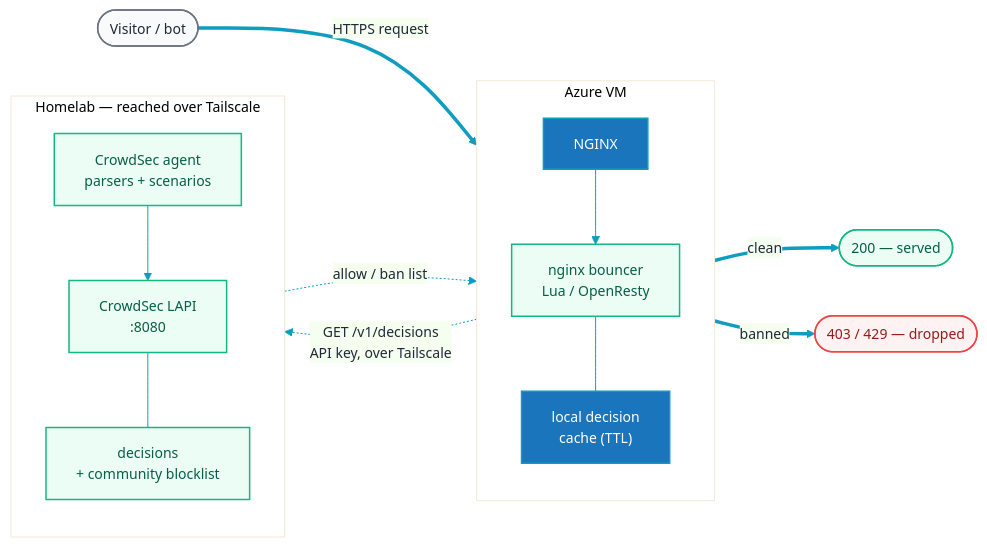
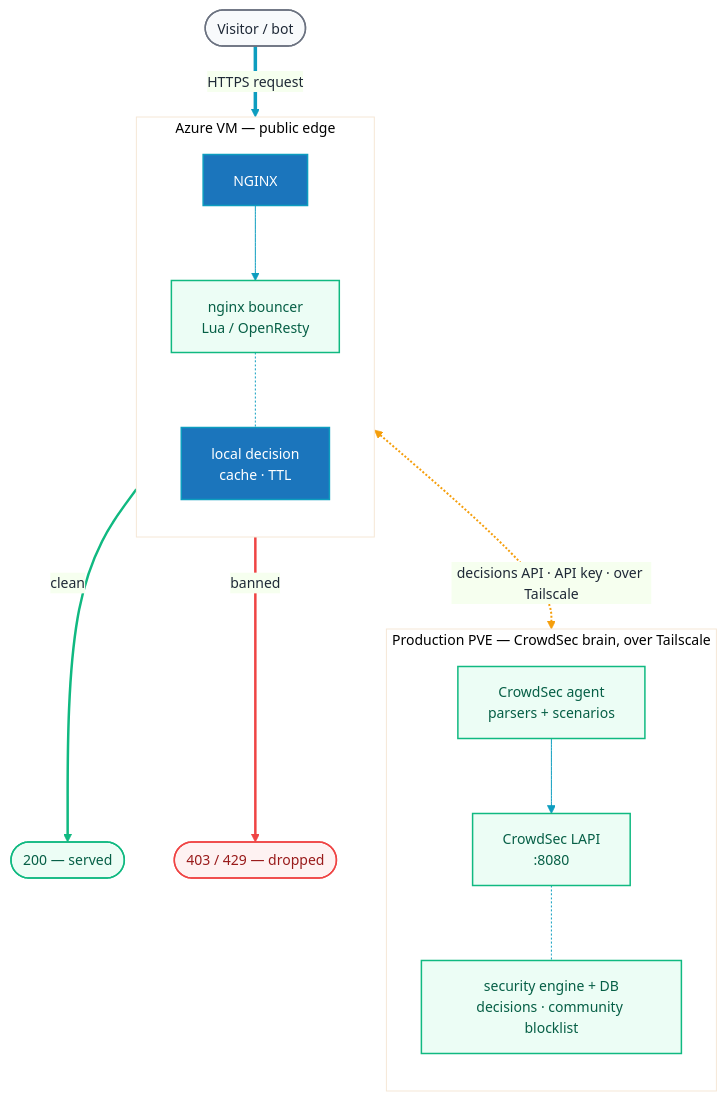
The second of 4 diagrams in docs/security.md (CK-Technology/resolvetech.biz), drawn with Mermaid before and after one commit. The commit also changed other lines of this file and 1 other file, not shown here.

Commit message:
updated end to end build, manage, secure documentation

````diff
--- a/docs/security.md
+++ b/docs/security.md
@@ -82,35 +84,43 @@
 ```mermaid
 %%{init: {'theme':'base','themeVariables':{'fontFamily':'Inter, system-ui, sans-serif','primaryColor':'#EFF6FF','primaryBorderColor':'#1B75BC','primaryTextColor':'#1F2937','lineColor':'#0D9DBF','fontSize':'14px'}}}%%
-flowchart LR
+flowchart TB
     VISITOR(["Visitor / bot"]):::public
 
-    subgraph VM["Azure VM"]
+    subgraph VM["Azure VM — public edge"]
         direction TB
         NGX["NGINX"]:::host
         BNC["nginx bouncer<br/>Lua / OpenResty"]:::security
-        CACHE["local decision<br/>cache (TTL)"]:::host
+        CACHE["local decision<br/>cache · TTL"]:::host
         NGX --> BNC
-        BNC --- CACHE
+        BNC -.- CACHE
     end
 
-    subgraph HOME["Homelab — reached over Tailscale"]
+    subgraph HOME["Production PVE — CrowdSec brain, over Tailscale"]
         direction TB
+        AGENT["CrowdSec agent<br/>parsers + scenarios"]:::security
         LAPI["CrowdSec LAPI<br/>:8080"]:::security
-        AGENT["CrowdSec agent<br/>parsers + scenarios"]:::security
-        DB["decisions<br/>+ community blocklist"]:::security
+        DB["security engine + DB<br/>decisions · community blocklist"]:::security
         AGENT --> LAPI
-        LAPI --- DB
+        LAPI -.- DB
     end
 
+    OK(["200 — served"]):::secure
+    BLOCK(["403 / 429 — dropped"]):::deny
+
     VISITOR ==>|"HTTPS request"| NGX
-    BNC -.->|"GET /v1/decisions<br/>API key, over Tailscale"| LAPI
-    LAPI -.->|"allow / ban list"| BNC
-    BNC ==>|"clean"| OK(["200 — served"]):::secure
-    BNC ==>|"banned"| BLOCK(["403 / 429 — dropped"]):::deny
+    BNC <-.->|"decisions API · API key · over Tailscale"| LAPI
+    BNC ==>|"clean"| OK
+    BNC ==>|"banned"| BLOCK
 
     classDef host fill:#1B75BC,stroke:#0D9DBF,stroke-width:1.5px,color:#FFFFFF;
     classDef security fill:#ECFDF5,stroke:#10B981,stroke-width:1.5px,color:#065F46;
     classDef public fill:#F8FAFC,stroke:#6B7280,stroke-width:1.5px,color:#1F2937;
     classDef secure fill:#ECFDF5,stroke:#10B981,stroke-width:1.5px,color:#065F46;
     classDef deny fill:#FEF2F2,stroke:#EF4444,stroke-width:1.5px,color:#991B1B;
+
+    %% link indices follow edge declaration order
+    %% 5 = decisions API (amber control link) · 6 = clean (green) · 7 = banned (red, matches dropped)
+    linkStyle 5 stroke:#F59E0B,stroke-width:2px;
+    linkStyle 6 stroke:#10B981,stroke-width:2.5px;
+    linkStyle 7 stroke:#EF4444,stroke-width:2.5px;
 ```
````
